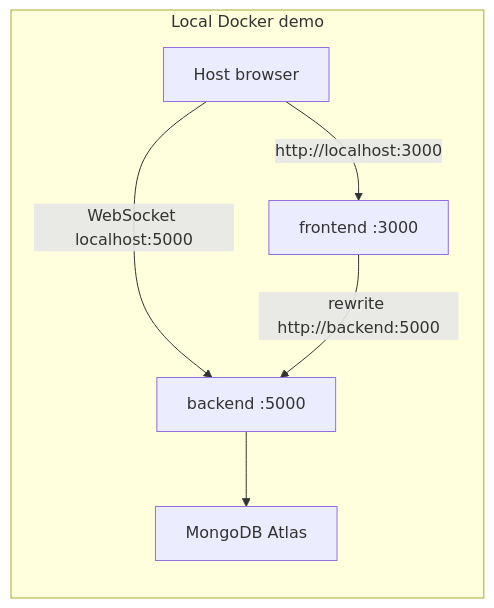
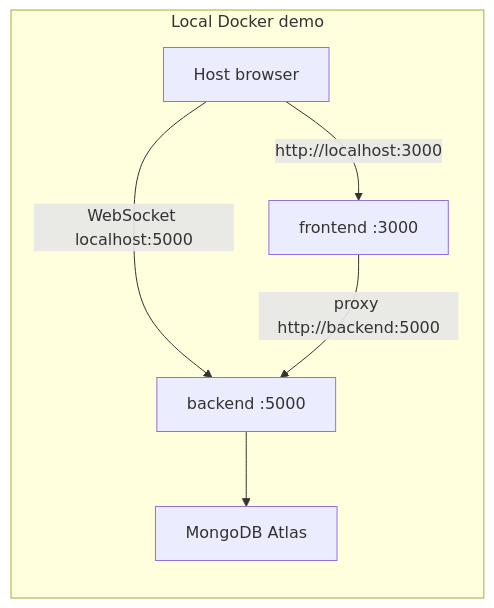
Before and after one commit to himel2535/toys_factory_erp_backend: the fourth of 4 diagrams in README.md, drawn with Mermaid. The commit also changed other lines of this file and 1 other file, not shown here.

Commit message:
docs: document ERP and LLM engineering architecture

````diff
--- a/README.md
+++ b/README.md
@@ -143,9 +187,9 @@
 ```mermaid
 flowchart LR
   subgraph dockerLocal [Local Docker demo]
     HostBrowser[Host browser] -->|"http://localhost:3000"| FE[frontend :3000]
     HostBrowser -->|"WebSocket localhost:5000"| BE[backend :5000]
-    FE -->|"rewrite http://backend:5000"| BE
+    FE -->|"proxy http://backend:5000"| BE
     BE --> Atlas2[MongoDB Atlas]
   end
 ```
````
